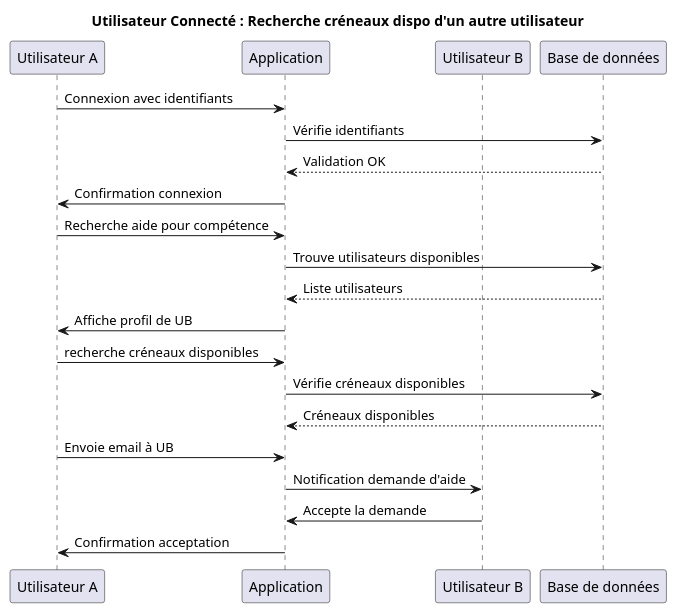
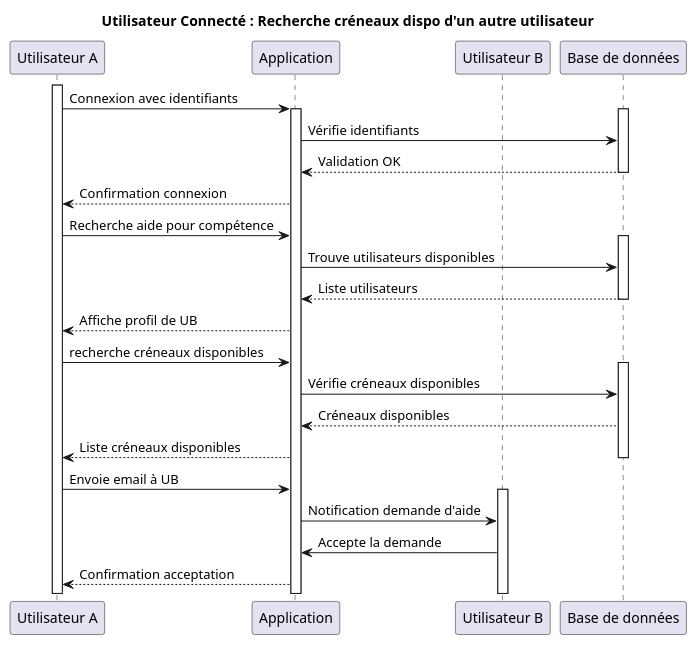
One commit to PinsolleP/HelpUs changed the diagram in Conception/Diag_sequence_HelpUs.puml. Above: the diagram before and after it, drawn with PlantUML.

Commit message:
Conception/Diag_sequence_HelpUs.puml : Maj ligne de vie diagramme séquence

```diff
--- a/Conception/Diag_sequence_HelpUs.puml
+++ b/Conception/Diag_sequence_HelpUs.puml
@@ -1,27 +1,37 @@
 @startuml
 title Utilisateur Connecté : Recherche créneaux dispo d'un autre utilisateur
 
 participant "Utilisateur A" as UA
 participant "Application" as App
 participant "Utilisateur B" as UB
 participant "Base de données" as DB
+activate UA
 
 UA -> App: Connexion avec identifiants
+activate DB
+activate App
 App -> DB: Vérifie identifiants
 DB --> App: Validation OK
-App -> UA: Confirmation connexion
+deactivate DB
+App --> UA: Confirmation connexion
 
 UA -> App: Recherche aide pour compétence
+activate DB
 App -> DB: Trouve utilisateurs disponibles
 DB --> App: Liste utilisateurs
-App -> UA: Affiche profil de UB
+deactivate DB
+App --> UA: Affiche profil de UB
 
 UA -> App: recherche créneaux disponibles
+activate DB
 App -> DB: Vérifie créneaux disponibles
 DB --> App: Créneaux disponibles
+App --> UA: Liste créneaux disponibles
+deactivate DB
 UA -> App: Envoie email à UB
+activate UB
 App -> UB: Notification demande d'aide
 UB -> App: Accepte la demande
-App -> UA: Confirmation acceptation
+App --> UA: Confirmation acceptation
 
 @enduml
```
